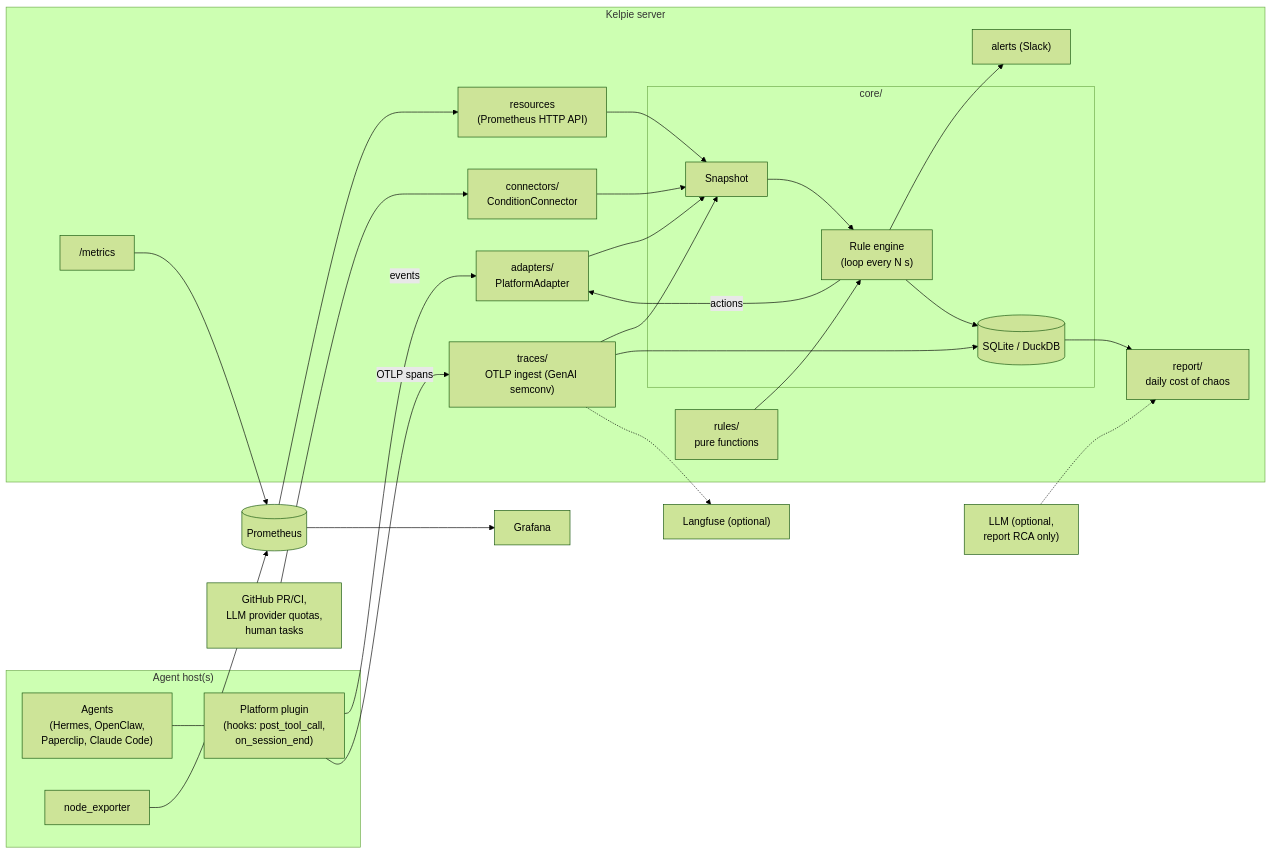
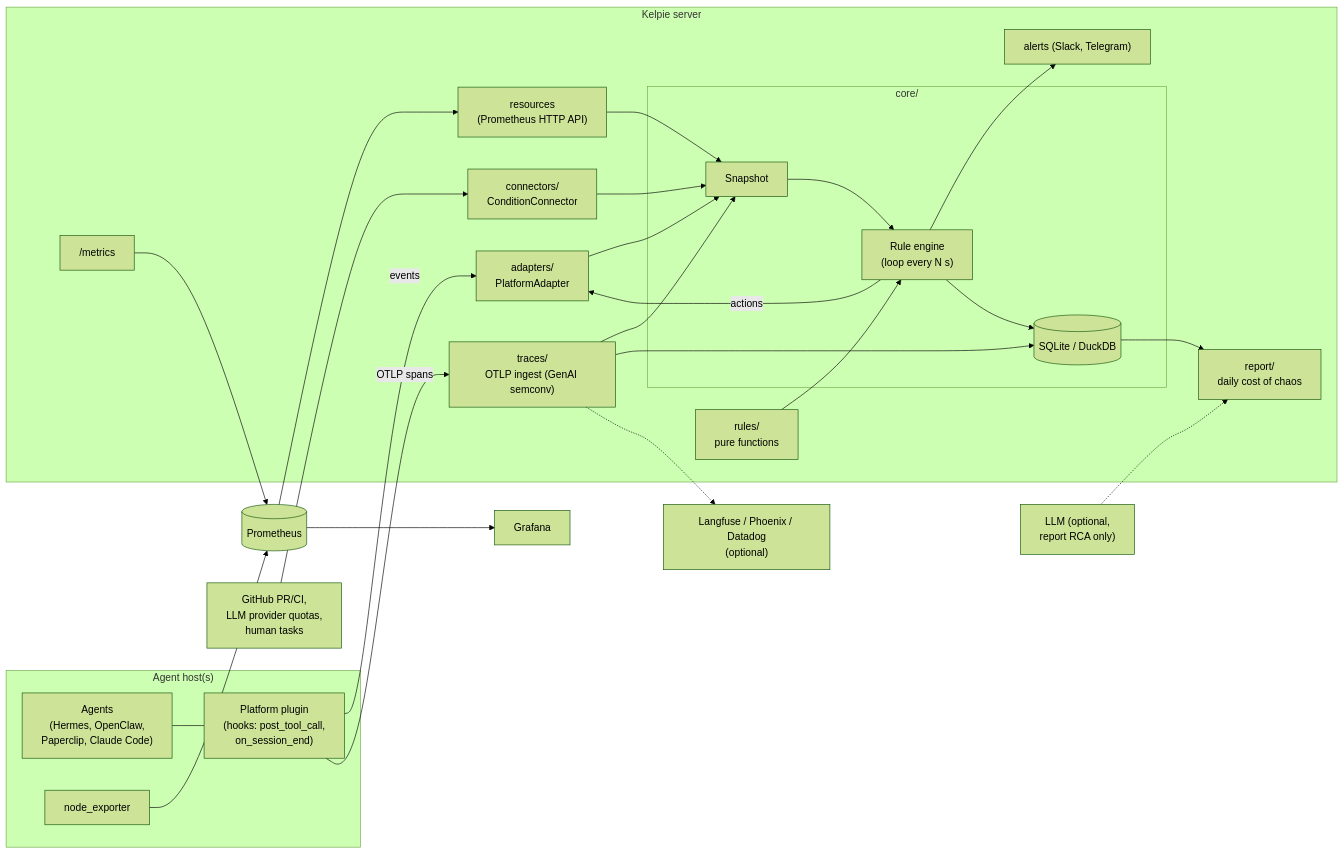
Before and after one commit to ch8er/kelpie: the diagram in README.md, drawn with Mermaid (forest theme). The commit also changed other lines of this file and 2 other files, not shown here.

First line of the commit message:
Docs: align roadmap, README and fixture index with docs/plan.md

````diff
--- a/README.md
+++ b/README.md
@@ -64,53 +79,53 @@
 ```mermaid
 flowchart LR
     subgraph AgentHost["Agent host(s)"]
         Agents["Agents<br/>(Hermes, OpenClaw,<br/>Paperclip, Claude Code)"]
         Plugin["Platform plugin<br/>(hooks: post_tool_call,<br/>on_session_end)"]
         NE["node_exporter"]
         Agents --- Plugin
     end
 
     subgraph Kelpie["Kelpie server"]
         Adapters["adapters/<br/>PlatformAdapter"]
         Traces["traces/<br/>OTLP ingest (GenAI semconv)"]
         Connectors["connectors/<br/>ConditionConnector"]
         Resources["resources<br/>(Prometheus HTTP API)"]
         subgraph Core["core/"]
             Snapshot["Snapshot"]
             Engine["Rule engine<br/>(loop every N s)"]
             Store[("SQLite / DuckDB")]
         end
         Rules["rules/<br/>pure functions"]
-        Alerts["alerts (Slack)"]
+        Alerts["alerts (Slack, Telegram)"]
         Report["report/<br/>daily cost of chaos"]
         Metrics["/metrics"]
     end
 
     Prom[("Prometheus")]
     Grafana["Grafana"]
     Ext["GitHub PR/CI,<br/>LLM provider quotas,<br/>human tasks"]
-    Langfuse["Langfuse (optional)"]
+    Langfuse["Langfuse / Phoenix / Datadog<br/>(optional)"]
     LLM["LLM (optional,<br/>report RCA only)"]
 
     Plugin -- events --> Adapters
     Plugin -- OTLP spans --> Traces
     NE --> Prom
     Prom --> Resources
     Ext --> Connectors
 
     Adapters --> Snapshot
     Traces --> Snapshot
     Connectors --> Snapshot
     Resources --> Snapshot
     Snapshot --> Engine
     Rules --> Engine
     Engine -- actions --> Adapters
     Engine --> Alerts
     Engine --> Store
     Traces --> Store
     Store --> Report
     LLM -.-> Report
     Traces -.-> Langfuse
     Metrics --> Prom
     Prom --> Grafana
 ```
````
